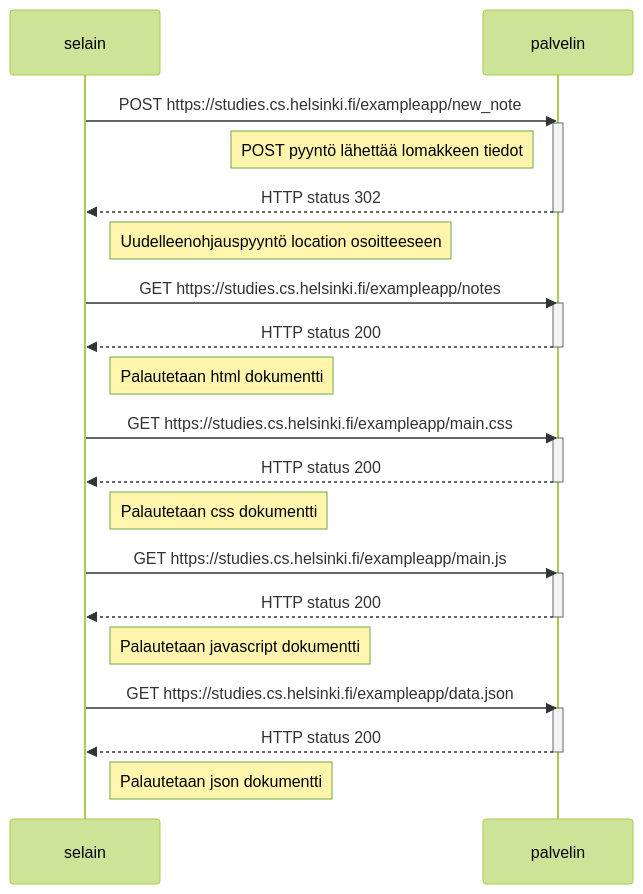
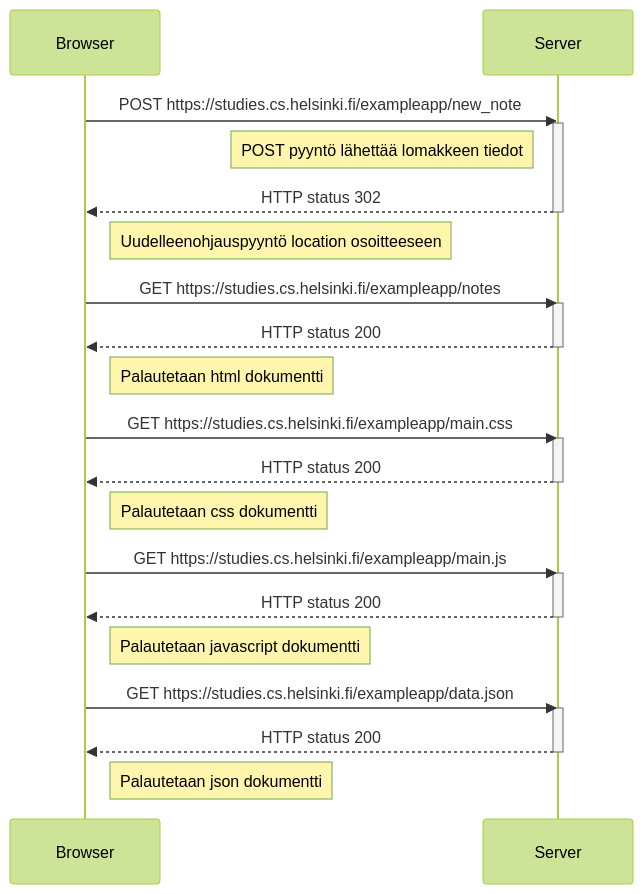
One commit to TeemuStew/fullstack-mooc changed the diagram in osa0/teksti.md. Above: the diagram before and after it, drawn with Mermaid (forest theme).

````diff
--- a/osa0/teksti.md
+++ b/osa0/teksti.md
@@ -1,44 +1,44 @@
 ```mermaid
 sequenceDiagram
-    participant selain
-    participant palvelin
+    participant Browser
+    participant Server
 
-    selain->>palvelin: POST https://studies.cs.helsinki.fi/exampleapp/new_note
-    activate palvelin
+    Browser->>Server: POST https://studies.cs.helsinki.fi/exampleapp/new_note
+    activate Server
 
-    Note left of palvelin: POST pyyntö lähettää lomakkeen tiedot 
+    Note left of Server: POST pyyntö lähettää lomakkeen tiedot 
 
-    palvelin-->>selain: HTTP status 302
-    deactivate palvelin
+    Server-->>Browser: HTTP status 302
+    deactivate Server
 
-    Note right of selain: Uudelleenohjauspyyntö location osoitteeseen
+    Note right of Browser: Uudelleenohjauspyyntö location osoitteeseen
 
-    selain->>palvelin: GET https://studies.cs.helsinki.fi/exampleapp/notes
-    activate palvelin
-    palvelin-->>selain: HTTP status 200
-    deactivate palvelin
+    Browser->>Server: GET https://studies.cs.helsinki.fi/exampleapp/notes
+    activate Server
+    Server-->>Browser: HTTP status 200
+    deactivate Server
 
-    Note right of selain: Palautetaan html dokumentti
+    Note right of Browser: Palautetaan html dokumentti
 
-    selain->>palvelin: GET https://studies.cs.helsinki.fi/exampleapp/main.css
-    activate palvelin
-    palvelin-->>selain: HTTP status 200
-    deactivate palvelin 
+    Browser->>Server: GET https://studies.cs.helsinki.fi/exampleapp/main.css
+    activate Server
+    Server-->>Browser: HTTP status 200
+    deactivate Server 
 
-    Note right of selain: Palautetaan css dokumentti
+    Note right of Browser: Palautetaan css dokumentti
 
-    selain->>palvelin: GET https://studies.cs.helsinki.fi/exampleapp/main.js
-    activate palvelin
-    palvelin-->>selain: HTTP status 200
-    deactivate palvelin 
+    Browser->>Server: GET https://studies.cs.helsinki.fi/exampleapp/main.js
+    activate Server
+    Server-->>Browser: HTTP status 200
+    deactivate Server 
 
-    Note right of selain: Palautetaan javascript dokumentti
+    Note right of Browser: Palautetaan javascript dokumentti
 
-    selain->>palvelin: GET https://studies.cs.helsinki.fi/exampleapp/data.json
-    activate palvelin
-    palvelin-->>selain: HTTP status 200
-    deactivate palvelin
+    Browser->>Server: GET https://studies.cs.helsinki.fi/exampleapp/data.json
+    activate Server
+    Server-->>Browser: HTTP status 200
+    deactivate Server
 
-    Note right of selain: Palautetaan json dokumentti
+    Note right of Browser: Palautetaan json dokumentti
 
 ```
````
